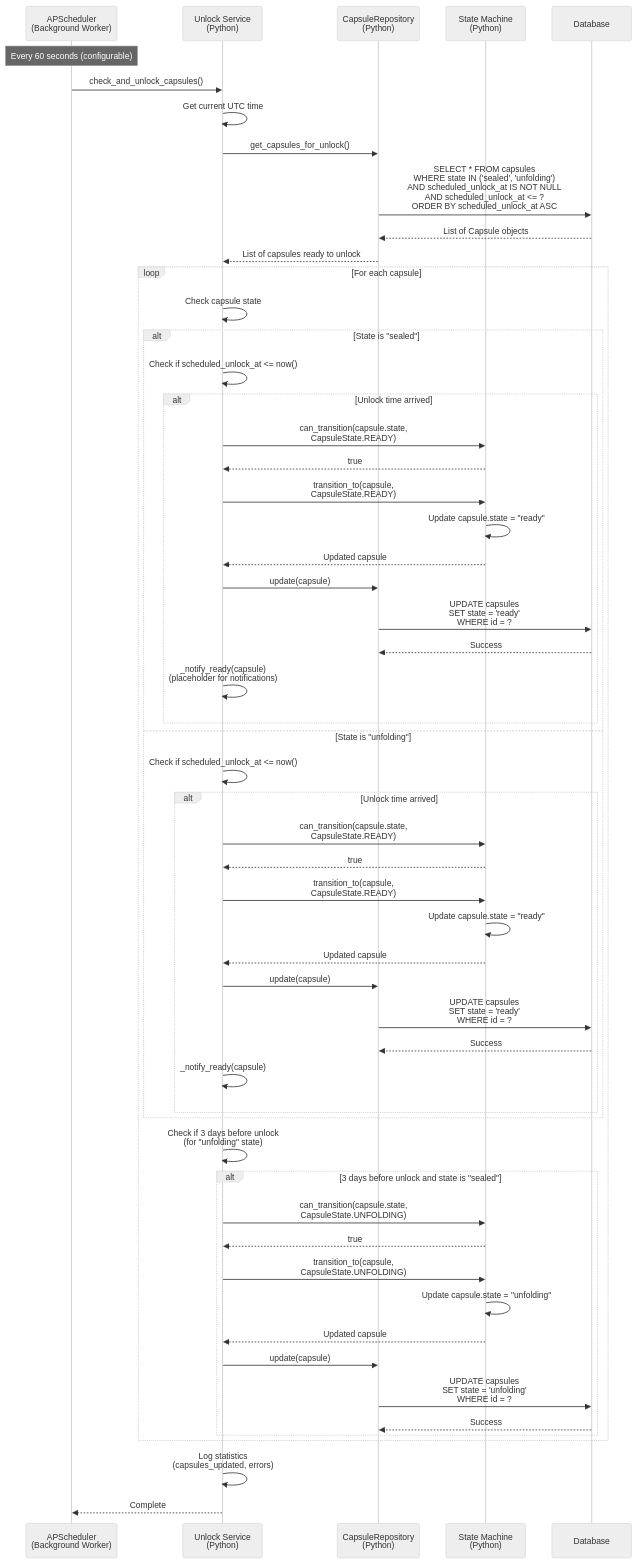
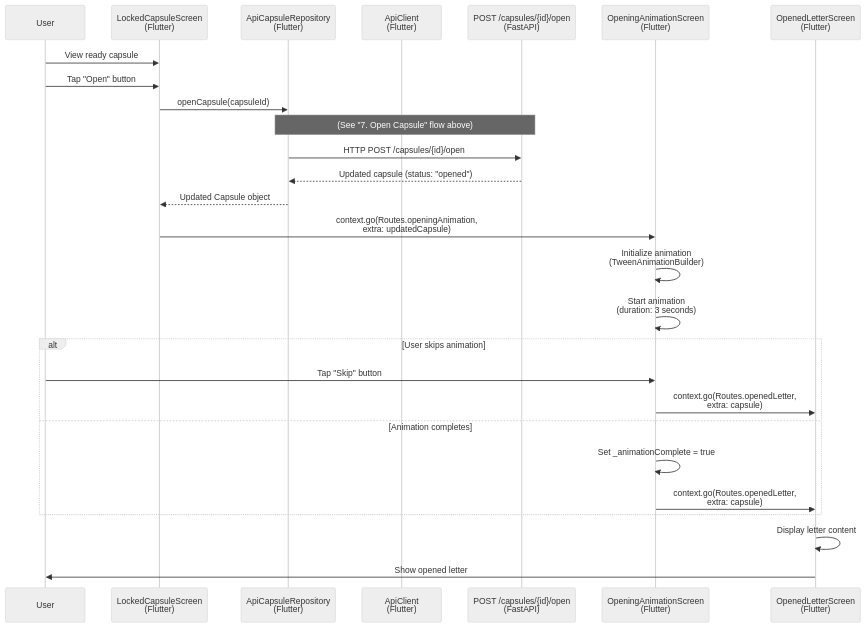
Before and after one commit to sunilkumarvuppala/open-on-app: diagram 18 of 20 in docs/SEQUENCE_DIAGRAMS.md, drawn with Mermaid (neutral theme). The commit also changed other lines of this file and 64 other files, not shown here.

````diff
--- a/docs/SEQUENCE_DIAGRAMS.md
+++ b/docs/SEQUENCE_DIAGRAMS.md
@@ -1458,67 +1419,35 @@
 ```mermaid
 sequenceDiagram
-    participant Scheduler as APScheduler<br/>(Background Worker)
-    participant UnlockService as Unlock Service<br/>(Python)
-    participant CapsuleRepo as CapsuleRepository<br/>(Python)
-    participant StateMachine as State Machine<br/>(Python)
-    participant DB as Database
+    participant User
+    participant LockedCapsuleScreen as LockedCapsuleScreen<br/>(Flutter)
+    participant CapsuleRepo as ApiCapsuleRepository<br/>(Flutter)
+    participant ApiClient as ApiClient<br/>(Flutter)
+    participant CapsuleAPI as POST /capsules/{id}/open<br/>(FastAPI)
+    participant OpeningAnimationScreen as OpeningAnimationScreen<br/>(Flutter)
+    participant OpenedLetterScreen as OpenedLetterScreen<br/>(Flutter)
 
-    Note over Scheduler: Every 60 seconds (configurable)
+    User->>LockedCapsuleScreen: View ready capsule
+    User->>LockedCapsuleScreen: Tap "Open" button
+    LockedCapsuleScreen->>CapsuleRepo: openCapsule(capsuleId)
     
-    Scheduler->>UnlockService: check_and_unlock_capsules()
-    UnlockService->>UnlockService: Get current UTC time
-    UnlockService->>CapsuleRepo: get_capsules_for_unlock()
-    CapsuleRepo->>DB: SELECT * FROM capsules<br/>WHERE state IN ('sealed', 'unfolding')<br/>AND scheduled_unlock_at IS NOT NULL<br/>AND scheduled_unlock_at <= ?<br/>ORDER BY scheduled_unlock_at ASC
-    DB-->>CapsuleRepo: List of Capsule objects
-    CapsuleRepo-->>UnlockService: List of capsules ready to unlock
+    Note over CapsuleRepo,CapsuleAPI: (See "7. Open Capsule" flow above)
+    CapsuleRepo->>CapsuleAPI: HTTP POST /capsules/{id}/open
+    CapsuleAPI-->>CapsuleRepo: Updated capsule (status: "opened")
+    CapsuleRepo-->>LockedCapsuleScreen: Updated Capsule object
     
-    loop For each capsule
-        UnlockService->>UnlockService: Check capsule state
-        
-        alt State is "sealed"
-            UnlockService->>UnlockService: Check if scheduled_unlock_at <= now()
-            
-            alt Unlock time arrived
-                UnlockService->>StateMachine: can_transition(capsule.state,<br/>CapsuleState.READY)
-                StateMachine-->>UnlockService: true
-                UnlockService->>StateMachine: transition_to(capsule,<br/>CapsuleState.READY)
-                StateMachine->>StateMachine: Update capsule.state = "ready"
-                StateMachine-->>UnlockService: Updated capsule
-                UnlockService->>CapsuleRepo: update(capsule)
-                CapsuleRepo->>DB: UPDATE capsules<br/>SET state = 'ready'<br/>WHERE id = ?
-                DB-->>CapsuleRepo: Success
-                UnlockService->>UnlockService: _notify_ready(capsule)<br/>(placeholder for notifications)
-            end
-        else State is "unfolding"
-            UnlockService->>UnlockService: Check if scheduled_unlock_at <= now()
-            
-            alt Unlock time arrived
-                UnlockService->>StateMachine: can_transition(capsule.state,<br/>CapsuleState.READY)
-                StateMachine-->>UnlockService: true
-                UnlockService->>StateMachine: transition_to(capsule,<br/>CapsuleState.READY)
-                StateMachine->>StateMachine: Update capsule.state = "ready"
-                StateMachine-->>UnlockService: Updated capsule
-                UnlockService->>CapsuleRepo: update(capsule)
-                CapsuleRepo->>DB: UPDATE capsules<br/>SET state = 'ready'<br/>WHERE id = ?
-                DB-->>CapsuleRepo: Success
-                UnlockService->>UnlockService: _notify_ready(capsule)
-            end
-        end
-        
-        UnlockService->>UnlockService: Check if 3 days before unlock<br/>(for "unfolding" state)
-        
-        alt 3 days before unlock and state is "sealed"
-            UnlockService->>StateMachine: can_transition(capsule.state,<br/>CapsuleState.UNFOLDING)
-            StateMachine-->>UnlockService: true
-            UnlockService->>StateMachine: transition_to(capsule,<br/>CapsuleState.UNFOLDING)
-            StateMachine->>StateMachine: Update capsule.state = "unfolding"
-            StateMachine-->>UnlockService: Updated capsule
-            UnlockService->>CapsuleRepo: update(capsule)
-            CapsuleRepo->>DB: UPDATE capsules<br/>SET state = 'unfolding'<br/>WHERE id = ?
-            DB-->>CapsuleRepo: Success
-        end
+    LockedCapsuleScreen->>OpeningAnimationScreen: context.go(Routes.openingAnimation,<br/>extra: updatedCapsule)
+    
+    OpeningAnimationScreen->>OpeningAnimationScreen: Initialize animation<br/>(TweenAnimationBuilder)
+    OpeningAnimationScreen->>OpeningAnimationScreen: Start animation<br/>(duration: 3 seconds)
+    
+    alt User skips animation
+        User->>OpeningAnimationScreen: Tap "Skip" button
+        OpeningAnimationScreen->>OpenedLetterScreen: context.go(Routes.openedLetter,<br/>extra: capsule)
+    else Animation completes
+        OpeningAnimationScreen->>OpeningAnimationScreen: Set _animationComplete = true
+        OpeningAnimationScreen->>OpenedLetterScreen: context.go(Routes.openedLetter,<br/>extra: capsule)
     end
     
-    UnlockService->>UnlockService: Log statistics<br/>(capsules_updated, errors)
-    UnlockService-->>Scheduler: Complete
+    OpenedLetterScreen->>OpenedLetterScreen: Display letter content
+    OpenedLetterScreen->>User: Show opened letter
 ```
````
